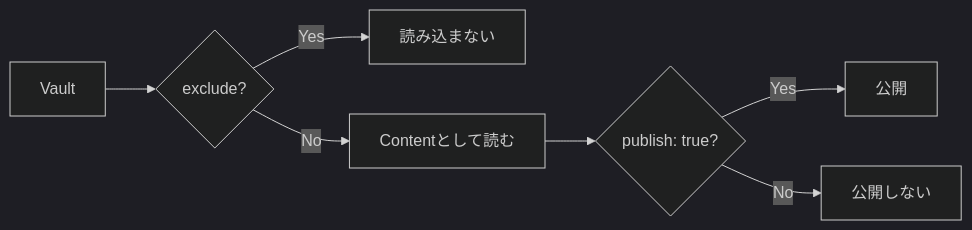
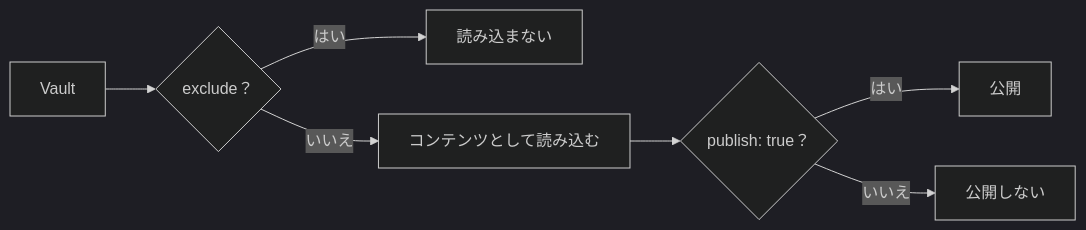
The fourth of 7 diagrams in docs/docs/guides/obsidian.ja.md (Rerurate514/riebeckite), drawn with Mermaid (dark theme) before and after one commit. The commit also changed other lines of this file and 310 other files, not shown here.

````diff
--- a/docs/docs/guides/obsidian.ja.md
+++ b/docs/docs/guides/obsidian.ja.md
@@ -339,12 +309,12 @@
 ```mermaid id="0q16fr"
 flowchart LR
     Vault["Vault"]
 
-    Vault --> Exclude{"exclude?"}
-    Exclude -->|"Yes"| Ignore["読み込まない"]
-    Exclude -->|"No"| Read["Contentとして読む"]
+    Vault --> Exclude{"exclude？"}
+    Exclude -->|"はい"| Ignore["読み込まない"]
+    Exclude -->|"いいえ"| Read["コンテンツとして読み込む"]
 
-    Read --> Publish{"publish: true?"}
-    Publish -->|"Yes"| Public["公開"]
-    Publish -->|"No"| Private["公開しない"]
+    Read --> Publish{"publish: true？"}
+    Publish -->|"はい"| Public["公開"]
+    Publish -->|"いいえ"| Private["公開しない"]
 ```
````
